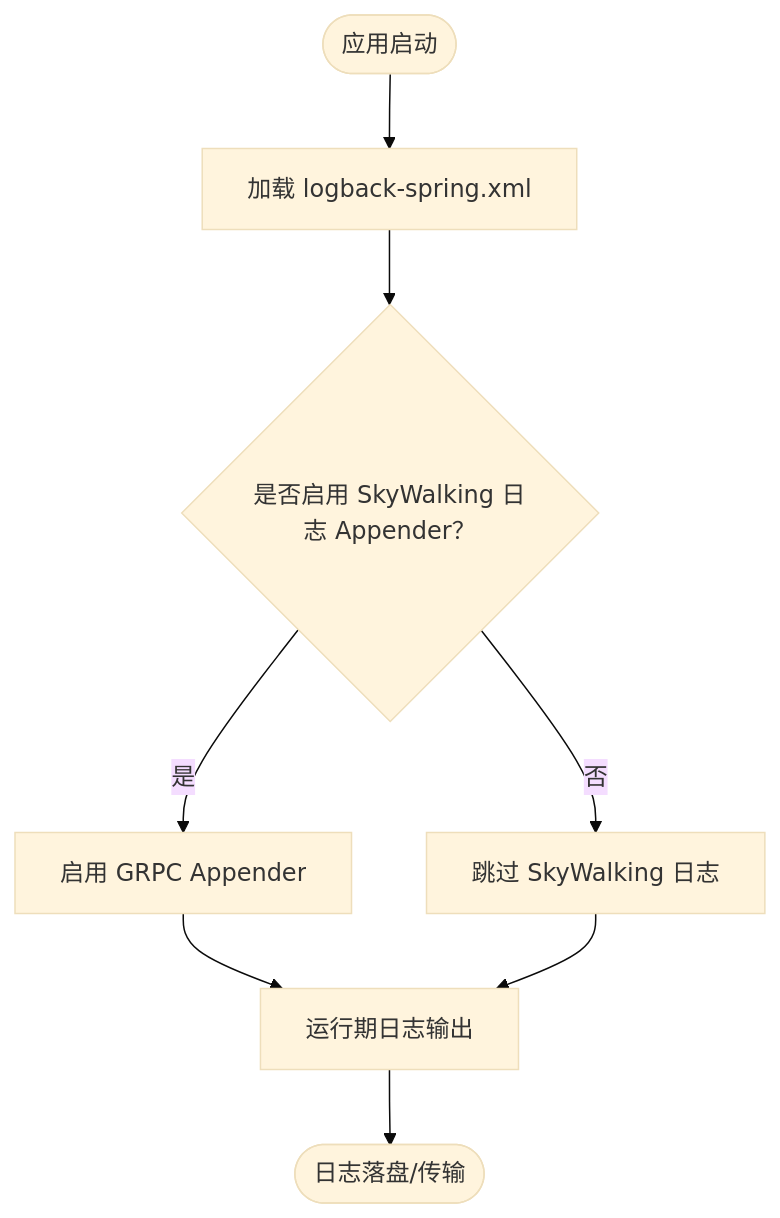
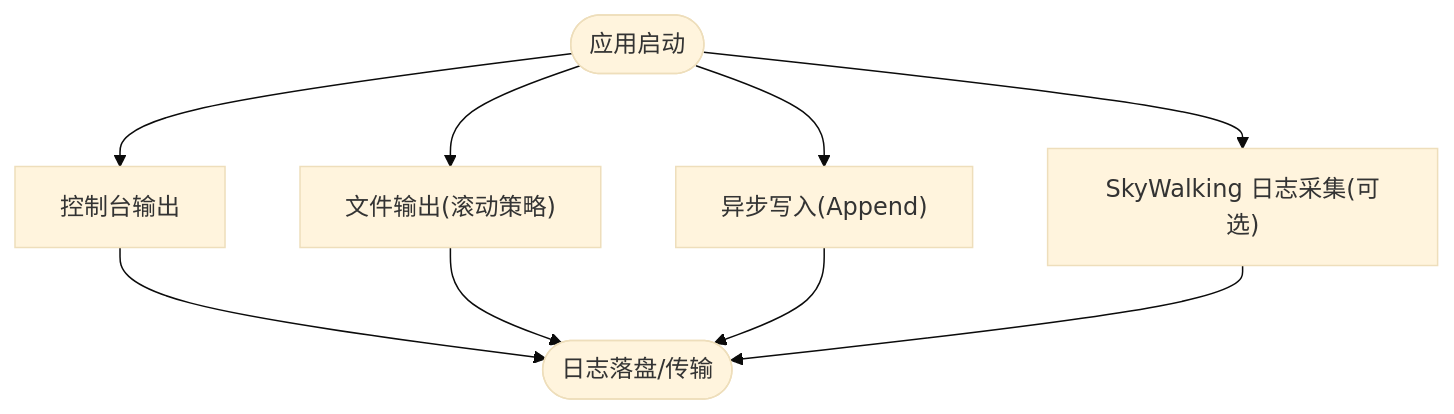
Before and after one commit to xiaoche80s-tech/rouyi-vue-pro: the sixth of 8 diagrams in .qoder/repowiki/zh/content/部署运维/监控告警.md, drawn with Mermaid (base theme). The commit also changed other lines of this file and 840 other files, not shown here.

````diff
--- a/.qoder/repowiki/zh/content/部署运维/监控告警.md
+++ b/.qoder/repowiki/zh/content/部署运维/监控告警.md
@@ -196,10 +208,11 @@
 ```mermaid
 flowchart TD
-Start(["应用启动"]) --> LoadCfg["加载 logback-spring.xml"]
-LoadCfg --> CheckSkywalking{"是否启用 SkyWalking 日志 Appender？"}
-CheckSkywalking --> |是| EnableAppender["启用 GRPC Appender"]
-CheckSkywalking --> |否| SkipAppender["跳过 SkyWalking 日志"]
-EnableAppender --> RuntimeLog["运行期日志输出"]
-SkipAppender --> RuntimeLog
-RuntimeLog --> End(["日志落盘/传输"])
+Start(["应用启动"]) --> Console["控制台输出"]
+Start --> File["文件输出(滚动策略)"]
+Start --> Async["异步写入(Append)"]
+Start --> Sky["SkyWalking 日志采集(可选)"]
+Console --> End(["日志落盘/传输"])
+File --> End
+Async --> End
+Sky --> End
 ```
````
